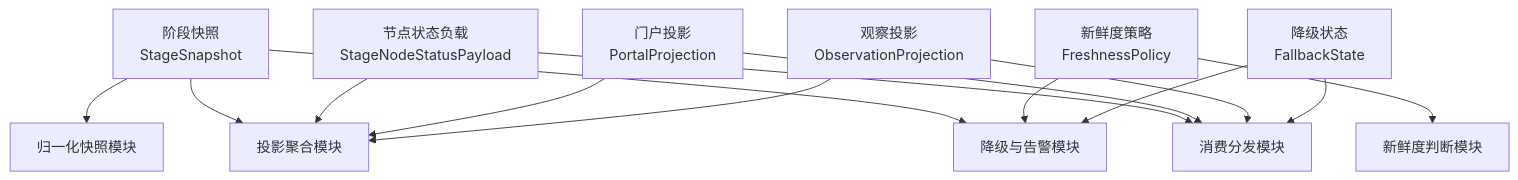
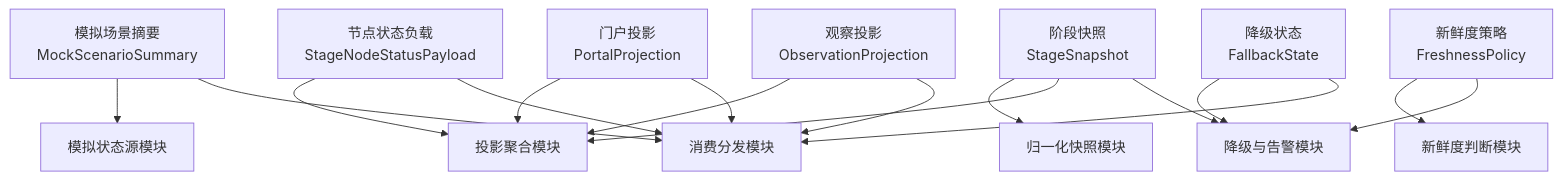
Before and after one commit to wgwtest/CodeFactoryV2: the third of 4 diagrams in DOC/CODEX_DOC/02_设计说明/P6_门户与平台入口/P6.2-跨阶段只读集成与状态投影设计.md, drawn with Mermaid. The commit also changed other lines of this file and 6 other files, not shown here.

````diff
--- a/DOC/CODEX_DOC/02_设计说明/P6_门户与平台入口/P6.2-跨阶段只读集成与状态投影设计.md
+++ b/DOC/CODEX_DOC/02_设计说明/P6_门户与平台入口/P6.2-跨阶段只读集成与状态投影设计.md
@@ -378,16 +431,18 @@
 ```mermaid
 flowchart TD
-    O1["阶段快照<br/>StageSnapshot"] --> M3["归一化快照模块"]
-    O1 --> M4["投影聚合模块"]
-    O1 --> M5["降级与告警模块"]
-    O2["节点状态负载<br/>StageNodeStatusPayload"] --> M4
-    O2 --> M6["消费分发模块"]
-    O3["门户投影<br/>PortalProjection"] --> M4
-    O3 --> M6
-    O4["观察投影<br/>ObservationProjection"] --> M4
-    O4 --> M6
-    O5["新鲜度策略<br/>FreshnessPolicy"] --> M2["新鲜度判断模块"]
-    O5 --> M5
-    O6["降级状态<br/>FallbackState"] --> M5
-    O6 --> M6
+    O0["模拟场景摘要<br/>MockScenarioSummary"] --> M2["模拟状态源模块"]
+    O0 --> M7["消费分发模块"]
+    O1["阶段快照<br/>StageSnapshot"] --> M4["归一化快照模块"]
+    O1 --> M5["投影聚合模块"]
+    O1 --> M6["降级与告警模块"]
+    O2["节点状态负载<br/>StageNodeStatusPayload"] --> M5
+    O2 --> M7
+    O3["门户投影<br/>PortalProjection"] --> M5
+    O3 --> M7
+    O4["观察投影<br/>ObservationProjection"] --> M5
+    O4 --> M7
+    O5["新鲜度策略<br/>FreshnessPolicy"] --> M3["新鲜度判断模块"]
+    O5 --> M6
+    O6["降级状态<br/>FallbackState"] --> M6
+    O6 --> M7
 ```
````
